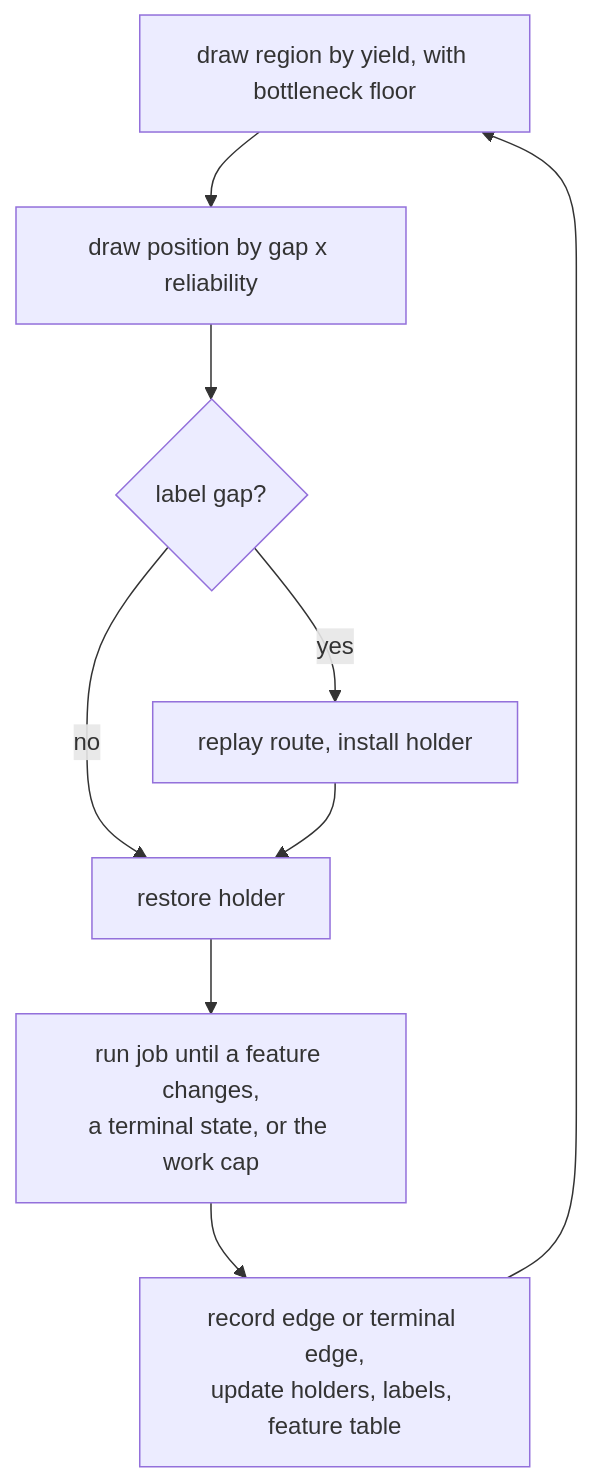
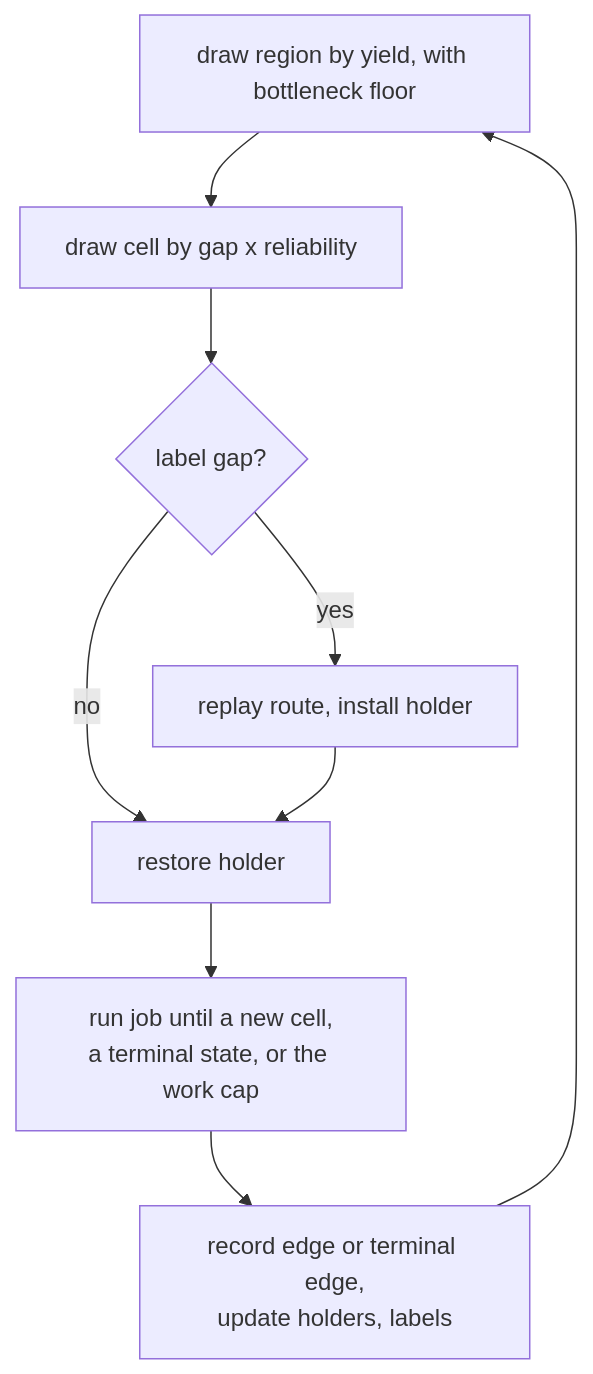
One commit to pH14/harmony changed the third of 3 diagrams in DISSONANCE-V3-DESIGN.md. Above: the diagram before and after it, drawn with Mermaid. The commit also changed other lines of this file, not shown here.

````diff
--- a/DISSONANCE-V3-DESIGN.md
+++ b/DISSONANCE-V3-DESIGN.md
@@ -272,11 +222,11 @@
 ```mermaid
 flowchart TB
-    D[draw region by yield, with bottleneck floor] --> P[draw position by gap x reliability]
+    D[draw region by yield, with bottleneck floor] --> P[draw cell by gap x reliability]
     P --> Q{label gap?}
     Q -- yes --> R[replay route, install holder]
     Q -- no --> E[restore holder]
     R --> E
-    E --> J[run job until a feature changes,<br/>a terminal state, or the work cap]
-    J --> U[record edge or terminal edge,<br/>update holders, labels, feature table]
+    E --> J[run job until a new cell,<br/>a terminal state, or the work cap]
+    J --> U[record edge or terminal edge,<br/>update holders, labels]
     U --> D
 ```
````
